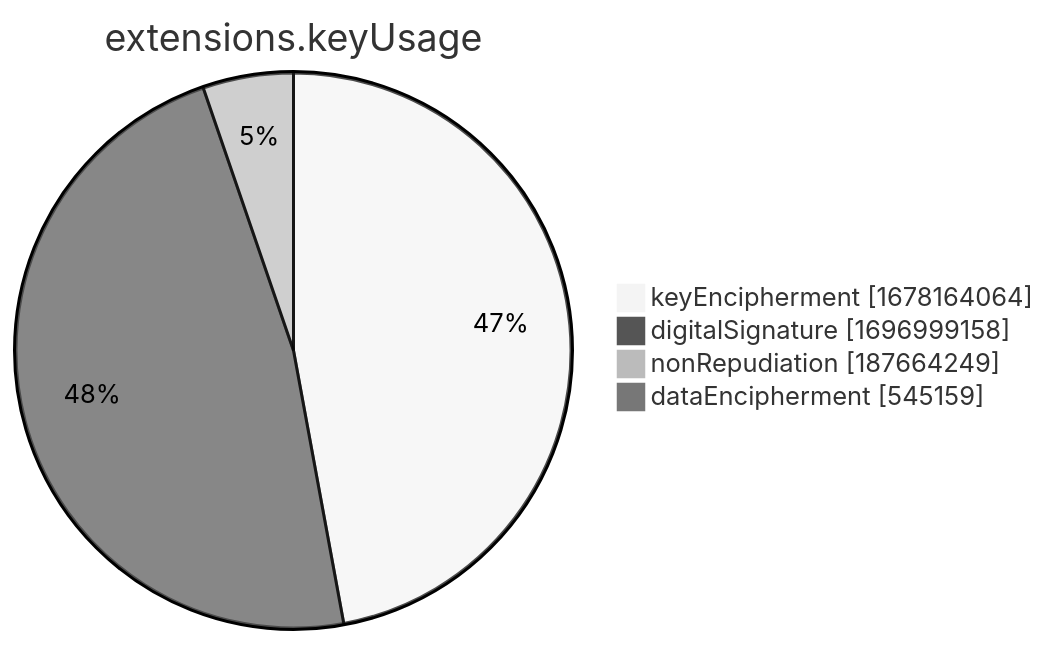
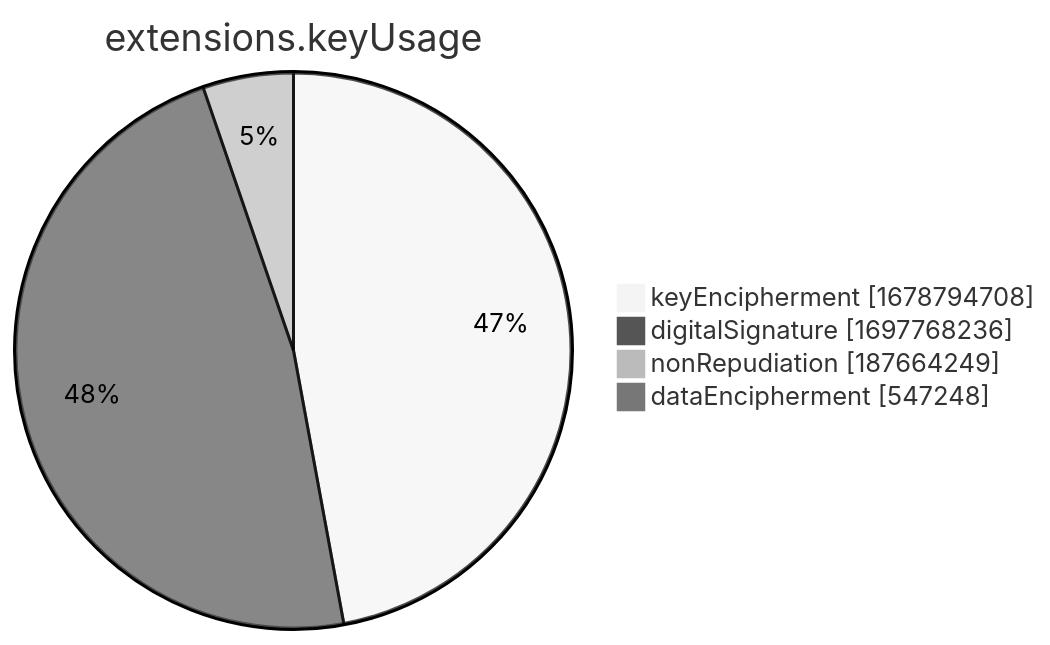
The seventh of 15 diagrams in xenon2022/README.md (christiankrug/ctmonitor_visualization), drawn with Mermaid (neutral theme) before and after one commit. The commit also changed other lines of this file, not shown here.

````diff
--- a/xenon2022/README.md
+++ b/xenon2022/README.md
@@ -2857,8 +2857,8 @@
 ```mermaid
 pie showData
 title extensions.keyUsage
-"keyEncipherment" :1678164064
-"digitalSignature" :1696999158
+"keyEncipherment" :1678794708
+"digitalSignature" :1697768236
 "nonRepudiation" :187664249
-"dataEncipherment" :545159
+"dataEncipherment" :547248
 ```
````
